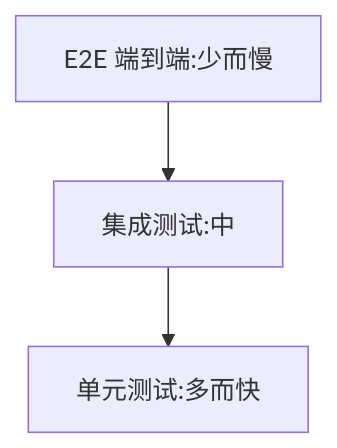
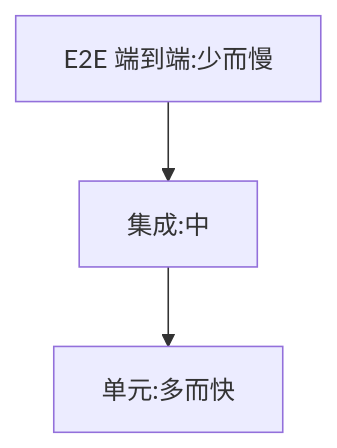
Before and after one commit to inspire-man/frontend-knowledge-base: the diagram in frontend-knowledge-base/卷十-性能优化与工程质量/10.6-单元测试Vitest.md, drawn with Mermaid. The commit also changed other lines of this file and 7 other files, not shown here.

````diff
--- a/frontend-knowledge-base/卷十-性能优化与工程质量/10.6-单元测试Vitest.md
+++ b/frontend-knowledge-base/卷十-性能优化与工程质量/10.6-单元测试Vitest.md
@@ -10,5 +16,5 @@
 ```mermaid
 flowchart TB
-    A[E2E 端到端:少而慢] --> B[集成测试:中]
-    B --> C[单元测试:多而快]
+    A[E2E 端到端:少而慢] --> B[集成:中]
+    B --> C[单元:多而快]
 ```
````
